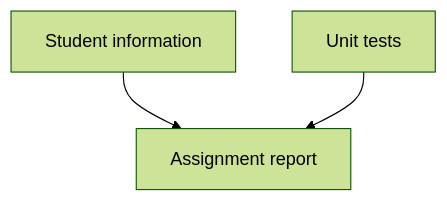
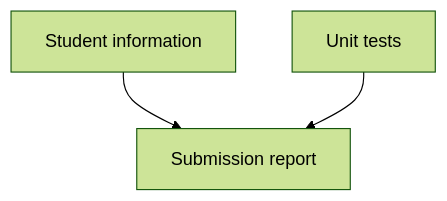
The diagram in submission-instructions/submission-instructions.md (cs5650-2022fa/instructions), drawn with Mermaid (forest theme) before and after one commit. The commit also changed other lines of this file, not shown here.

````diff
--- a/submission-instructions/submission-instructions.md
+++ b/submission-instructions/submission-instructions.md
@@ -22,5 +22,5 @@
 ```mermaid
 flowchart TD;
-    A[Student information]-->C[Assignment report];
+    A[Student information]-->C[Submission report];
     B[Unit tests]-->C;
 ```
````
